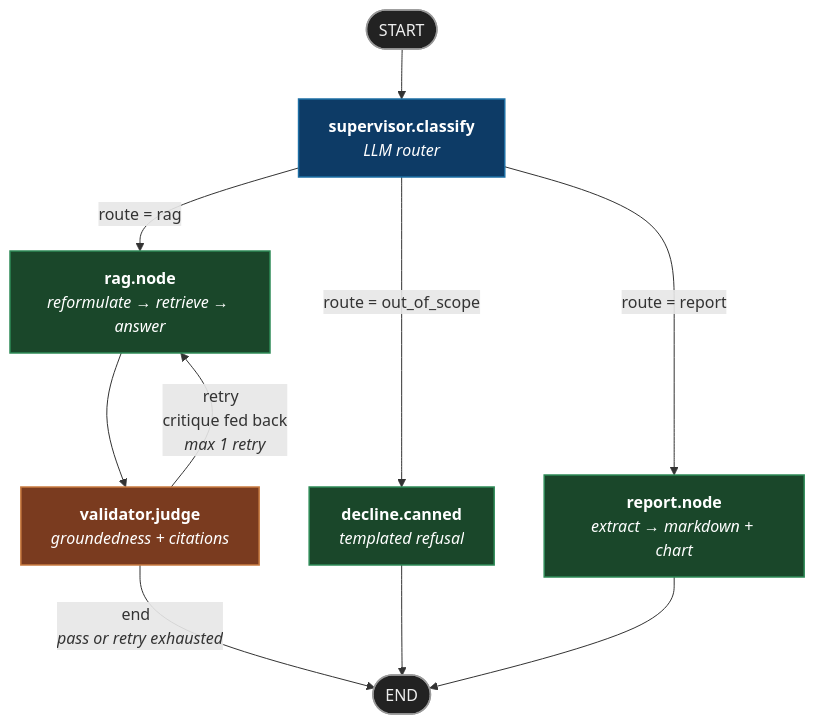
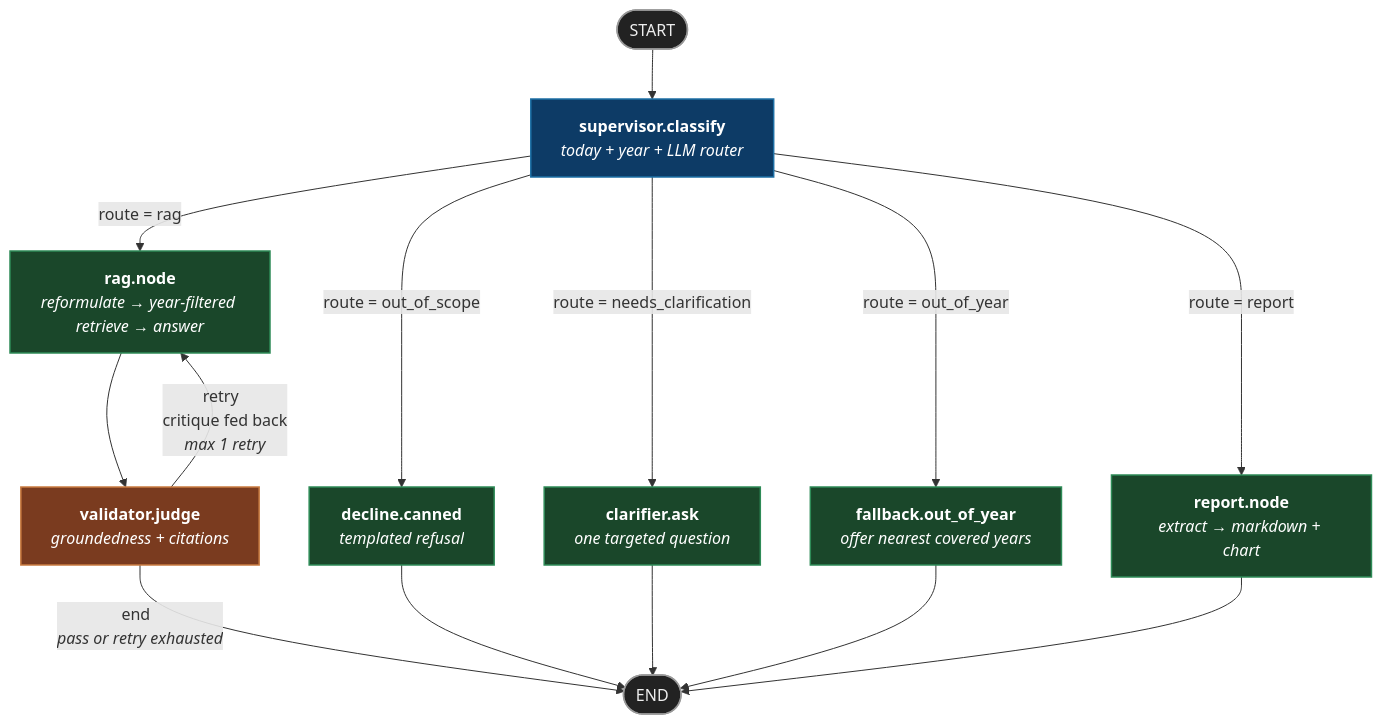
Before and after one commit to AlexandrosPlessias/insurance-agent-rag-poc: the diagram in GRAPH.md, drawn with Mermaid. The commit also changed other lines of this file and 36 other files, not shown here.

First line of the commit message:
Phase 7 - Year-aware RAG, Clarifier, Audit Trail & UI Enrichment (#8)

````diff
--- a/GRAPH.md
+++ b/GRAPH.md
@@ -11,28 +13,34 @@
 ```mermaid
 flowchart TD
     START([START]):::terminal --> supervisor
 
-    supervisor[<b>supervisor.classify</b><br/><i>LLM router</i>]:::router
+    supervisor[<b>supervisor.classify</b><br/><i>today + year + LLM router</i>]:::router
 
     supervisor -->|route = out_of_scope| decline
     supervisor -->|route = report| report
+    supervisor -->|route = needs_clarification| clarifier
+    supervisor -->|route = out_of_year| fallback
     supervisor -->|route = rag| rag
 
     decline[<b>decline.canned</b><br/><i>templated refusal</i>]:::worker
+    clarifier[<b>clarifier.ask</b><br/><i>one targeted question</i>]:::worker
+    fallback[<b>fallback.out_of_year</b><br/><i>offer nearest covered years</i>]:::worker
     report[<b>report.node</b><br/><i>extract → markdown + chart</i>]:::worker
-    rag[<b>rag.node</b><br/><i>reformulate → retrieve → answer</i>]:::worker
+    rag[<b>rag.node</b><br/><i>reformulate → year-filtered retrieve → answer</i>]:::worker
 
     rag --> validator
     validator[<b>validator.judge</b><br/><i>groundedness + citations</i>]:::guard
 
     validator -->|retry &nbsp;<br/>critique fed back<br/><i>max 1 retry</i>| rag
     validator -->|end &nbsp;<br/><i>pass or retry exhausted</i>| FINISH
 
     decline --> FINISH([END]):::terminal
+    clarifier --> FINISH
+    fallback --> FINISH
     report --> FINISH
 
     classDef router fill:#0d3b66,stroke:#1d6fa5,color:#fff,stroke-width:1.5px;
     classDef worker fill:#1a472a,stroke:#2e8b57,color:#fff,stroke-width:1.5px;
     classDef guard fill:#7a3b1f,stroke:#c97b40,color:#fff,stroke-width:1.5px;
     classDef terminal fill:#222,stroke:#999,color:#eee,stroke-width:1.5px;
 ```
````
